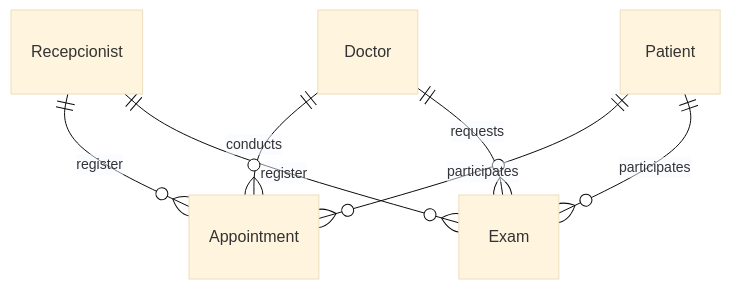
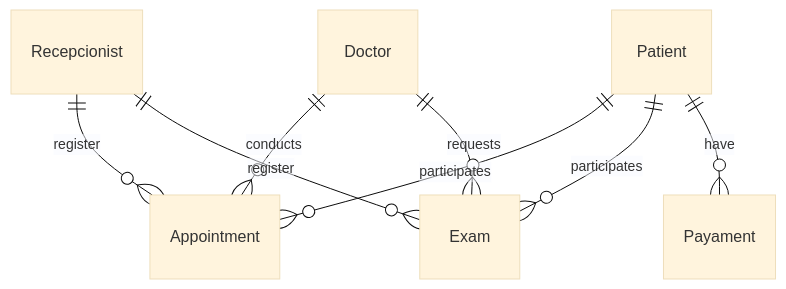
Before and after one commit to joanmdrs/sigcli: the second of 2 diagrams in docs/doc-modelos.md, drawn with Mermaid (base theme). The commit also changed other lines of this file, not shown here.

Commit message:
Implementando entidade e Dicionário de Dados Payament #105

````diff
--- a/docs/doc-modelos.md
+++ b/docs/doc-modelos.md
@@ -157,10 +157,10 @@
 ```mermaid
 erDiagram
     Recepcionist ||--o{ Appointment : register
     Recepcionist ||--o{ Exam : register
     Doctor ||--o{ Appointment : conducts
     Patient ||--o{ Appointment : participates
     Patient ||--o{ Exam : participates
+    Patient ||--o{ Payament : have
     Doctor ||--o{ Exam : requests
-    
 ```
````
